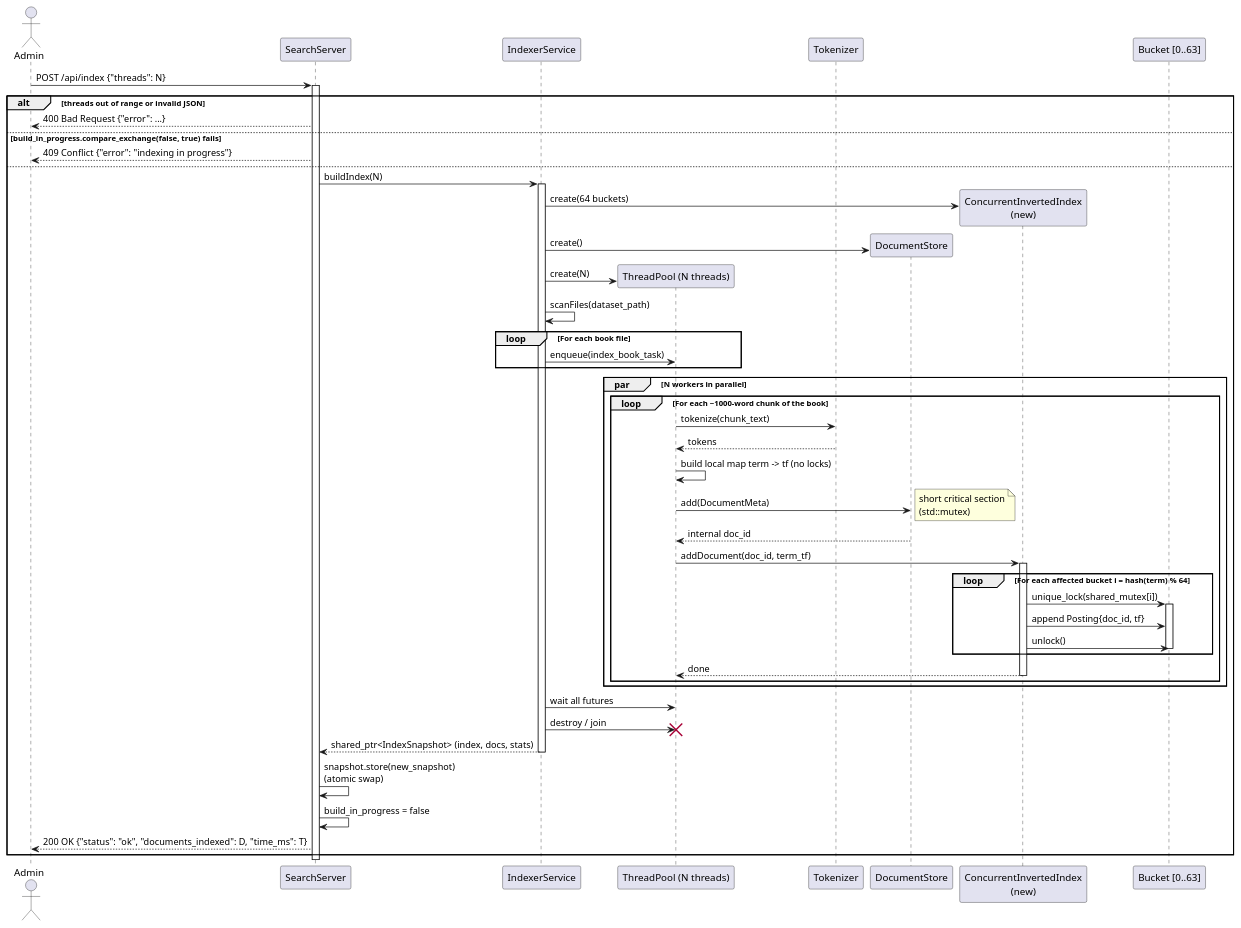
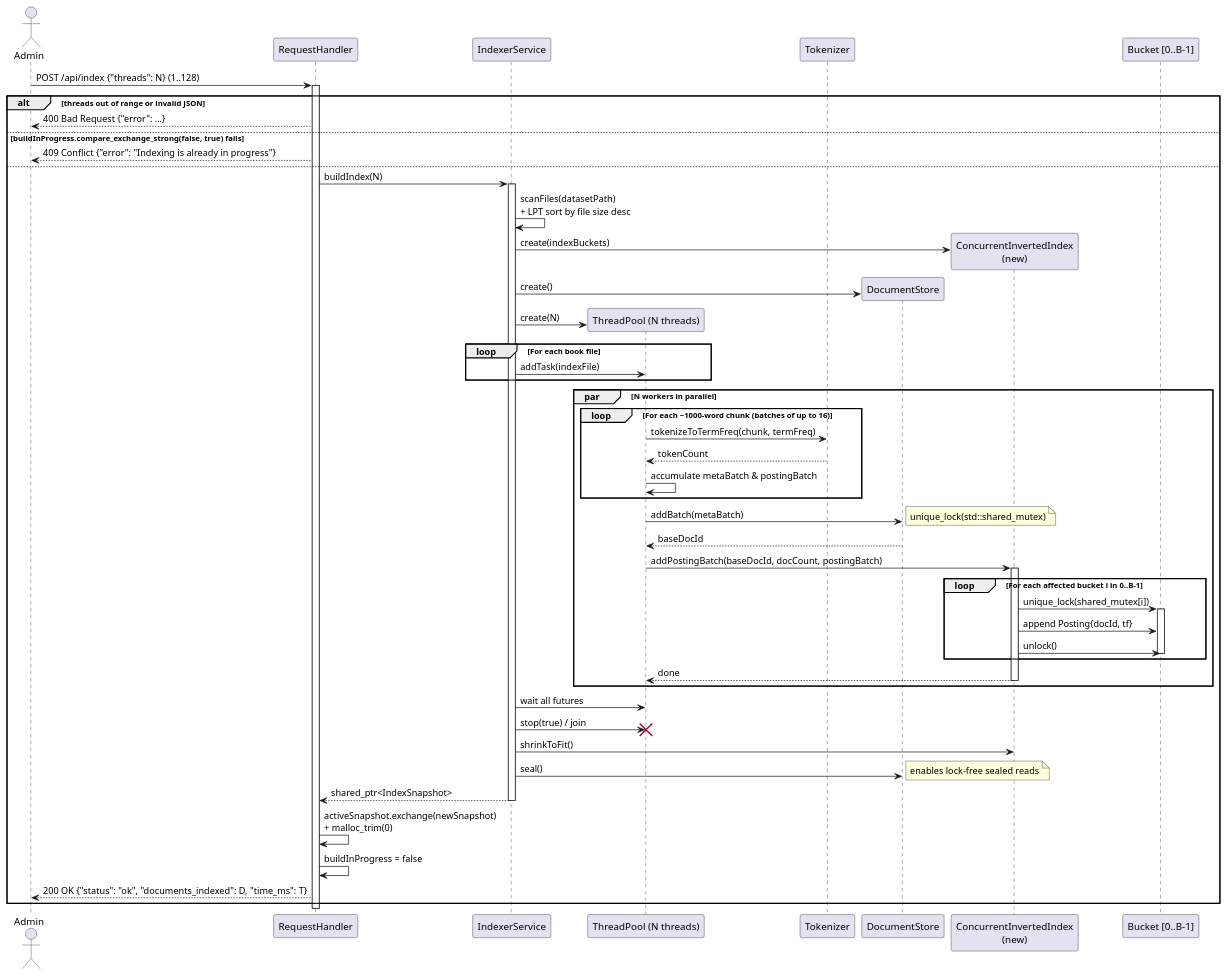
The diagram in docs/diagrams/md/sequence_diagram_inverted_index.md (fannulain/Concurrent-Search-Engine), drawn with PlantUML before and after one commit. The commit also changed 11 other files, not shown here.

Commit message:
docs: sync UML class and sequence diagrams with final implementation

```diff
--- a/docs/diagrams/md/sequence_diagram_inverted_index.md
+++ b/docs/diagrams/md/sequence_diagram_inverted_index.md
@@ -1,63 +1,66 @@
 @startuml
 actor Admin
-participant "SearchServer" as Server
+participant "RequestHandler" as Handler
 participant "IndexerService" as Indexer
 participant "ThreadPool (N threads)" as Pool
 participant "Tokenizer" as Tok
 participant "DocumentStore" as Docs
 participant "ConcurrentInvertedIndex\n(new)" as Index
-participant "Bucket [0..63]" as Buckets
+participant "Bucket [0..B-1]" as Buckets
 
-Admin -> Server : POST /api/index {"threads": N}
-activate Server
+Admin -> Handler : POST /api/index {"threads": N} (1..128)
+activate Handler
 
 alt threads out of range or invalid JSON
-    Server --> Admin : 400 Bad Request {"error": ...}
-else build_in_progress.compare_exchange(false, true) fails
-    Server --> Admin : 409 Conflict {"error": "indexing in progress"}
+    Handler --> Admin : 400 Bad Request {"error": ...}
+else buildInProgress.compare_exchange_strong(false, true) fails
+    Handler --> Admin : 409 Conflict {"error": "Indexing is already in progress"}
 else
-    Server -> Indexer : buildIndex(N)
+    Handler -> Indexer : buildIndex(N)
     activate Indexer
 
-    Indexer -> Index ** : create(64 buckets)
+    Indexer -> Indexer : scanFiles(datasetPath)\n+ LPT sort by file size desc
+    Indexer -> Index ** : create(indexBuckets)
     Indexer -> Docs ** : create()
     Indexer -> Pool ** : create(N)
-    Indexer -> Indexer : scanFiles(dataset_path)
 
     loop For each book file
-        Indexer -> Pool : enqueue(index_book_task)
+        Indexer -> Pool : addTask(indexFile)
     end
 
     par N workers in parallel
-        loop For each ~1000-word chunk of the book
-            Pool -> Tok : tokenize(chunk_text)
-            Tok --> Pool : tokens
-            Pool -> Pool : build local map term -> tf (no locks)
-            Pool -> Docs : add(DocumentMeta)
-            note right: short critical section\n(std::mutex)
-            Docs --> Pool : internal doc_id
-            Pool -> Index : addDocument(doc_id, term_tf)
-            activate Index
-            loop For each affected bucket i = hash(term) % 64
-                Index -> Buckets : unique_lock(shared_mutex[i])
-                activate Buckets
-                Index -> Buckets : append Posting{doc_id, tf}
-                Index -> Buckets : unlock()
-                deactivate Buckets
-            end
-            Index --> Pool : done
-            deactivate Index
+        loop For each ~1000-word chunk (batches of up to 16)
+            Pool -> Tok : tokenizeToTermFreq(chunk, termFreq)
+            Tok --> Pool : tokenCount
+            Pool -> Pool : accumulate metaBatch & postingBatch
         end
+        Pool -> Docs : addBatch(metaBatch)
+        note right: unique_lock(std::shared_mutex)
+        Docs --> Pool : baseDocId
+        Pool -> Index : addPostingBatch(baseDocId, docCount, postingBatch)
+        activate Index
+        loop For each affected bucket i in 0..B-1
+            Index -> Buckets : unique_lock(shared_mutex[i])
+            activate Buckets
+            Index -> Buckets : append Posting{docId, tf}
+            Index -> Buckets : unlock()
+            deactivate Buckets
+        end
+        Index --> Pool : done
+        deactivate Index
     end
 
     Indexer -> Pool : wait all futures
-    Indexer -> Pool !! : destroy / join
-    Indexer --> Server : shared_ptr<IndexSnapshot> (index, docs, stats)
+    Indexer -> Pool !! : stop(true) / join
+    Indexer -> Index : shrinkToFit()
+    Indexer -> Docs : seal()
+    note right: enables lock-free sealed reads
+    Indexer --> Handler : shared_ptr<IndexSnapshot>
     deactivate Indexer
 
-    Server -> Server : snapshot.store(new_snapshot)\n(atomic swap)
-    Server -> Server : build_in_progress = false
-    Server --> Admin : 200 OK {"status": "ok", "documents_indexed": D, "time_ms": T}
+    Handler -> Handler : activeSnapshot.exchange(newSnapshot)\n+ malloc_trim(0)
+    Handler -> Handler : buildInProgress = false
+    Handler --> Admin : 200 OK {"status": "ok", "documents_indexed": D, "time_ms": T}
 end
-deactivate Server
+deactivate Handler
 @enduml
```
